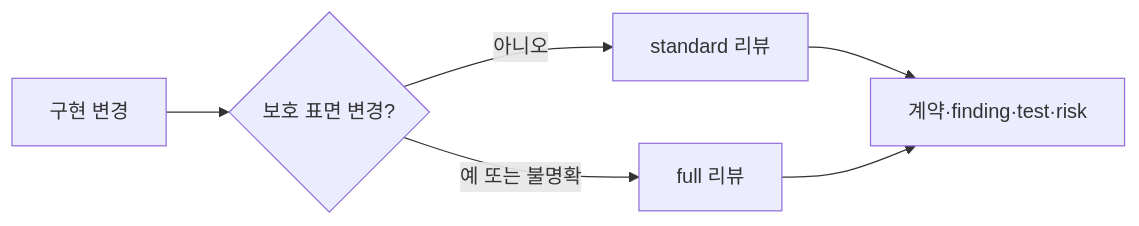
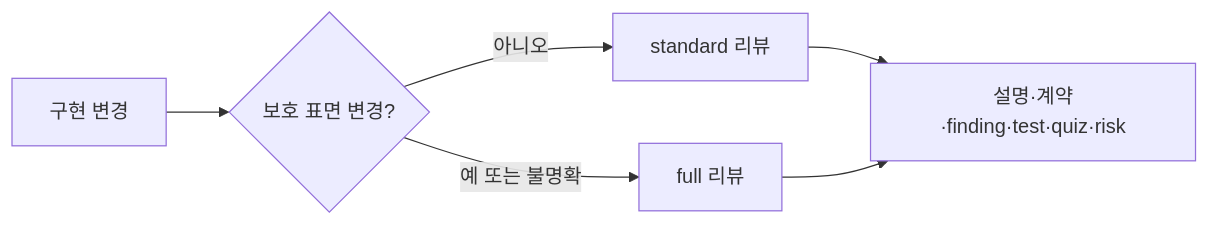
One commit to haandol/alps-writer-mcp changed the diagram in docs/adr/adr-cycle/implementation-review/0001-validated-low-risk-refactoring.md. Above: the diagram before and after it, drawn with Mermaid. The commit also changed other lines of this file and 55 other files, not shown here.

````diff
--- a/docs/adr/adr-cycle/implementation-review/0001-validated-low-risk-refactoring.md
+++ b/docs/adr/adr-cycle/implementation-review/0001-validated-low-risk-refactoring.md
@@ -80,14 +96,14 @@
 ```mermaid
 flowchart LR
     Change[구현 변경]
     Risk{보호 표면 변경?}
     Standard[standard 리뷰]
     Full[full 리뷰]
-    Evidence[계약·finding·test·risk]
+    Evidence[설명·계약·finding·test·quiz·risk]
 
     Change --> Risk
     Risk -->|아니오| Standard
     Risk -->|예 또는 불명확| Full
     Standard --> Evidence
     Full --> Evidence
 ```
````
